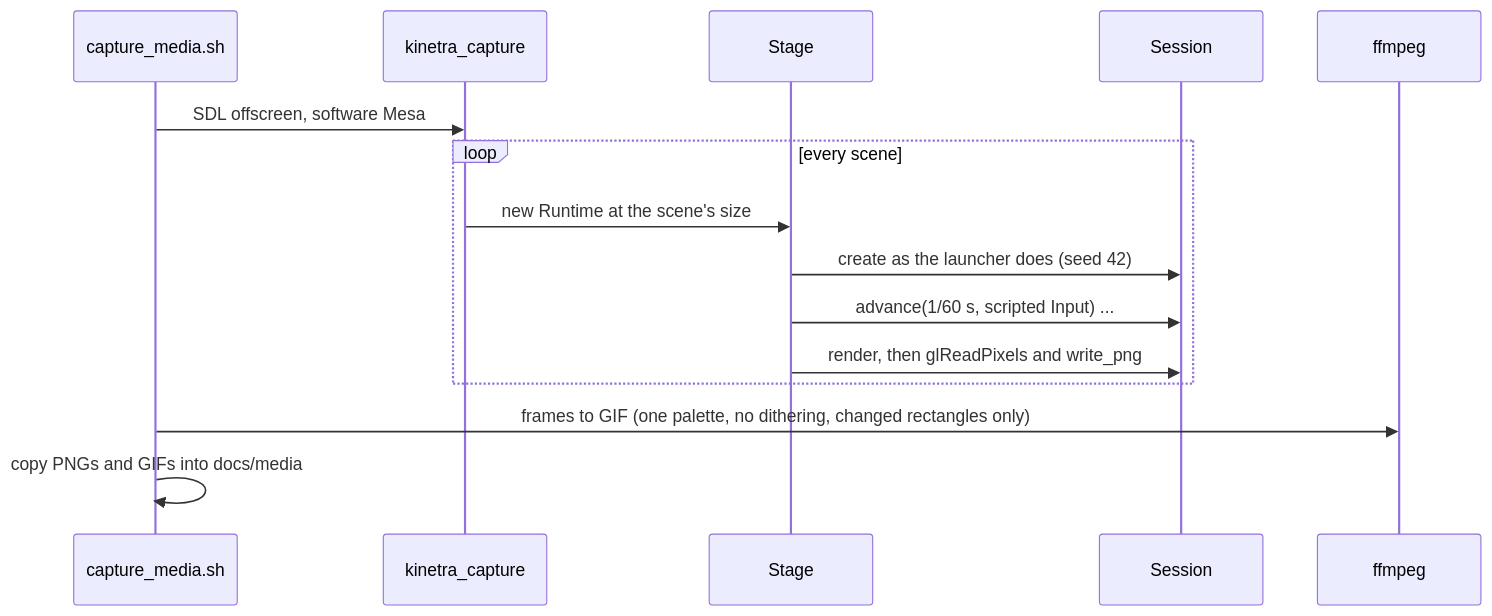
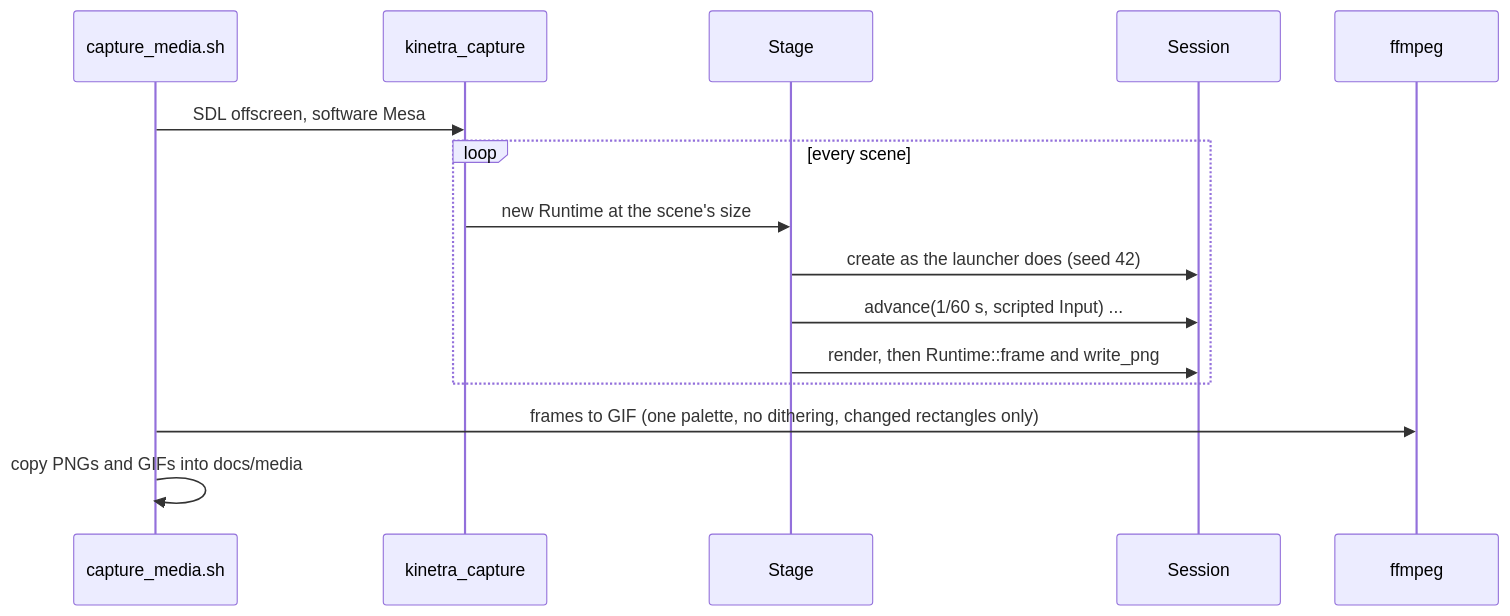
The second of 3 diagrams in tools/capture/README.md (SMB-M87/Kinetra-Lab), drawn with Mermaid before and after one commit. The commit also changed other lines of this file and 6 other files, not shown here.

First line of the commit message:
refactor(capture): read frames through Kinetra's frame read-back

````diff
--- a/tools/capture/README.md
+++ b/tools/capture/README.md
@@ -99,17 +99,17 @@
 ```mermaid
 sequenceDiagram
     participant Sh as capture_media.sh
     participant T as kinetra_capture
     participant St as Stage
     participant S as Session
     participant F as ffmpeg
     Sh->>T: SDL offscreen, software Mesa
     loop every scene
         T->>St: new Runtime at the scene's size
         St->>S: create as the launcher does (seed 42)
         St->>S: advance(1/60 s, scripted Input) ...
-        St->>S: render, then glReadPixels and write_png
+        St->>S: render, then Runtime::frame and write_png
     end
     Sh->>F: frames to GIF (one palette, no dithering, changed rectangles only)
     Sh->>Sh: copy PNGs and GIFs into docs/media
 ```
````
